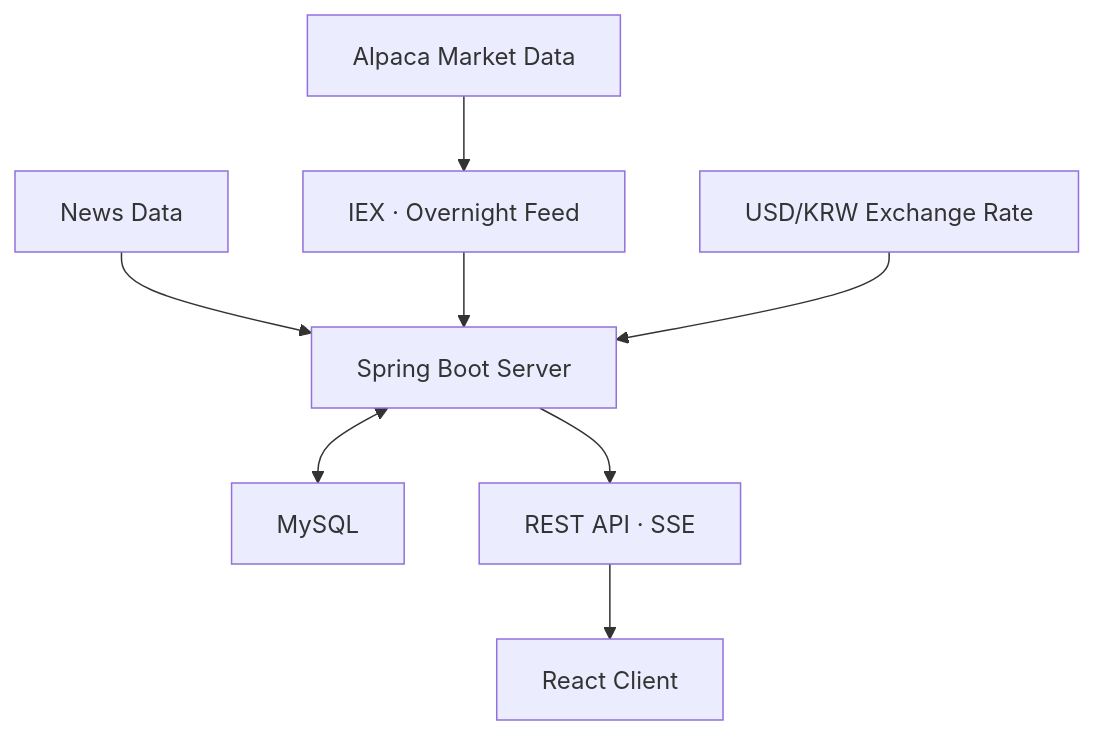
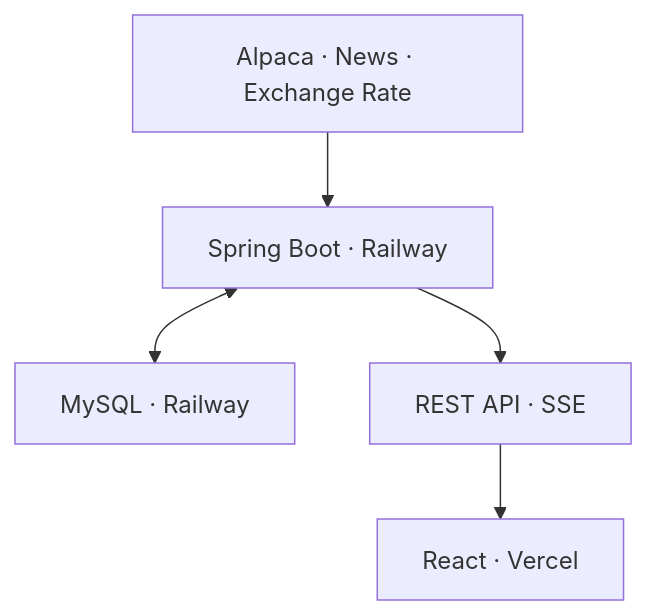
Before and after one commit to jaeminbag/JULens-client: the diagram in README.md, drawn with Mermaid. The commit also changed other lines of this file, not shown here.

````diff
--- a/README.md
+++ b/README.md
@@ -75,10 +76,7 @@
 ```mermaid
 flowchart TD
-    Market["Alpaca Market Data"] --> Feed["IEX · Overnight Feed"]
-    News["News Data"] --> Server["Spring Boot Server"]
-    Feed --> Server
-    Rate["USD/KRW Exchange Rate"] --> Server
-    Server <--> DB["MySQL"]
+    Sources["Alpaca · News · Exchange Rate"] --> Server["Spring Boot · Railway"]
+    Server <--> DB["MySQL · Railway"]
     Server --> API["REST API · SSE"]
-    API --> Client["React Client"]
+    API --> Client["React · Vercel"]
 ```
````
